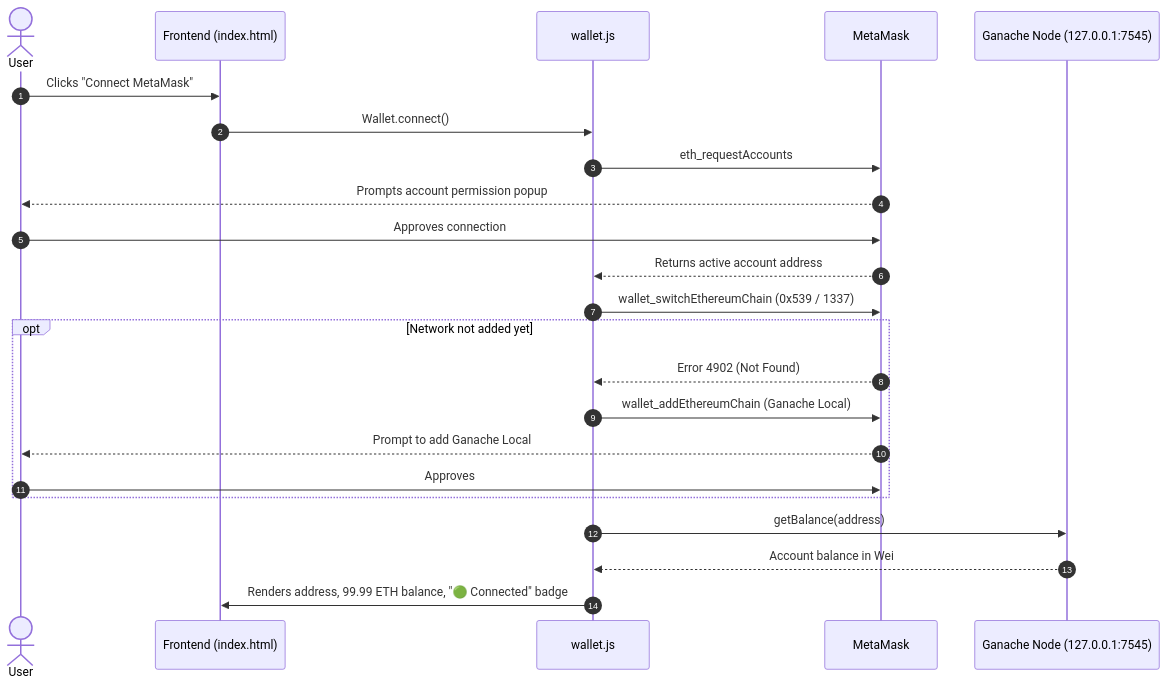
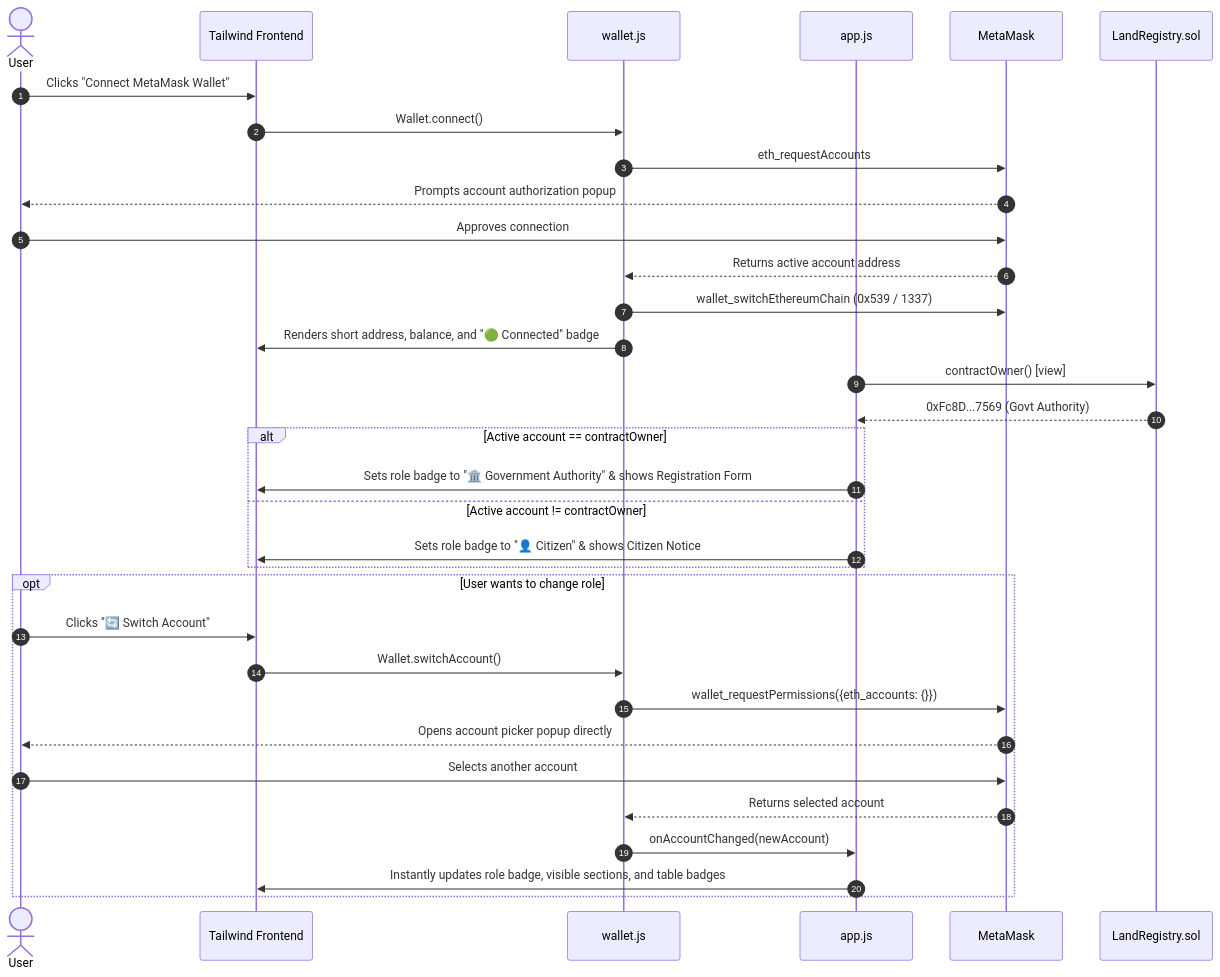
The second of 5 diagrams in WORKING.md (Darsh0002/Blockchain-Land-registry), drawn with Mermaid before and after one commit. The commit also changed other lines of this file and 14 other files, not shown here.

````diff
--- a/WORKING.md
+++ b/WORKING.md
@@ -50,26 +68,37 @@
 ```mermaid
 sequenceDiagram
     autonumber
     actor User
-    participant UI as Frontend (index.html)
+    participant UI as Tailwind Frontend
     participant Wallet as wallet.js
+    participant App as app.js
     participant MM as MetaMask
-    participant Chain as Ganache Node (127.0.0.1:7545)
+    participant LR as LandRegistry.sol
 
-    User->>UI: Clicks "Connect MetaMask"
+    User->>UI: Clicks "Connect MetaMask Wallet"
     UI->>Wallet: Wallet.connect()
     Wallet->>MM: eth_requestAccounts
-    MM-->>User: Prompts account permission popup
+    MM-->>User: Prompts account authorization popup
     User->>MM: Approves connection
     MM-->>Wallet: Returns active account address
     Wallet->>MM: wallet_switchEthereumChain (0x539 / 1337)
-    opt Network not added yet
-        MM-->>Wallet: Error 4902 (Not Found)
-        Wallet->>MM: wallet_addEthereumChain (Ganache Local)
-        MM-->>User: Prompt to add Ganache Local
-        User->>MM: Approves
+    Wallet->>UI: Renders short address, balance, and "🟢 Connected" badge
+    App->>LR: contractOwner() [view]
+    LR-->>App: 0xFc8D...7569 (Govt Authority)
+    alt Active account == contractOwner
+        App->>UI: Sets role badge to "🏛️ Government Authority" & shows Registration Form
+    else Active account != contractOwner
+        App->>UI: Sets role badge to "👤 Citizen" & shows Citizen Notice
     end
-    Wallet->>Chain: getBalance(address)
-    Chain-->>Wallet: Account balance in Wei
-    Wallet->>UI: Renders address, 99.99 ETH balance, "🟢 Connected" badge
+
+    opt User wants to change role
+        User->>UI: Clicks "🔄 Switch Account"
+        UI->>Wallet: Wallet.switchAccount()
+        Wallet->>MM: wallet_requestPermissions({eth_accounts: {}})
+        MM-->>User: Opens account picker popup directly
+        User->>MM: Selects another account
+        MM-->>Wallet: Returns selected account
+        Wallet->>App: onAccountChanged(newAccount)
+        App->>UI: Instantly updates role badge, visible sections, and table badges
+    end
 ```
````
